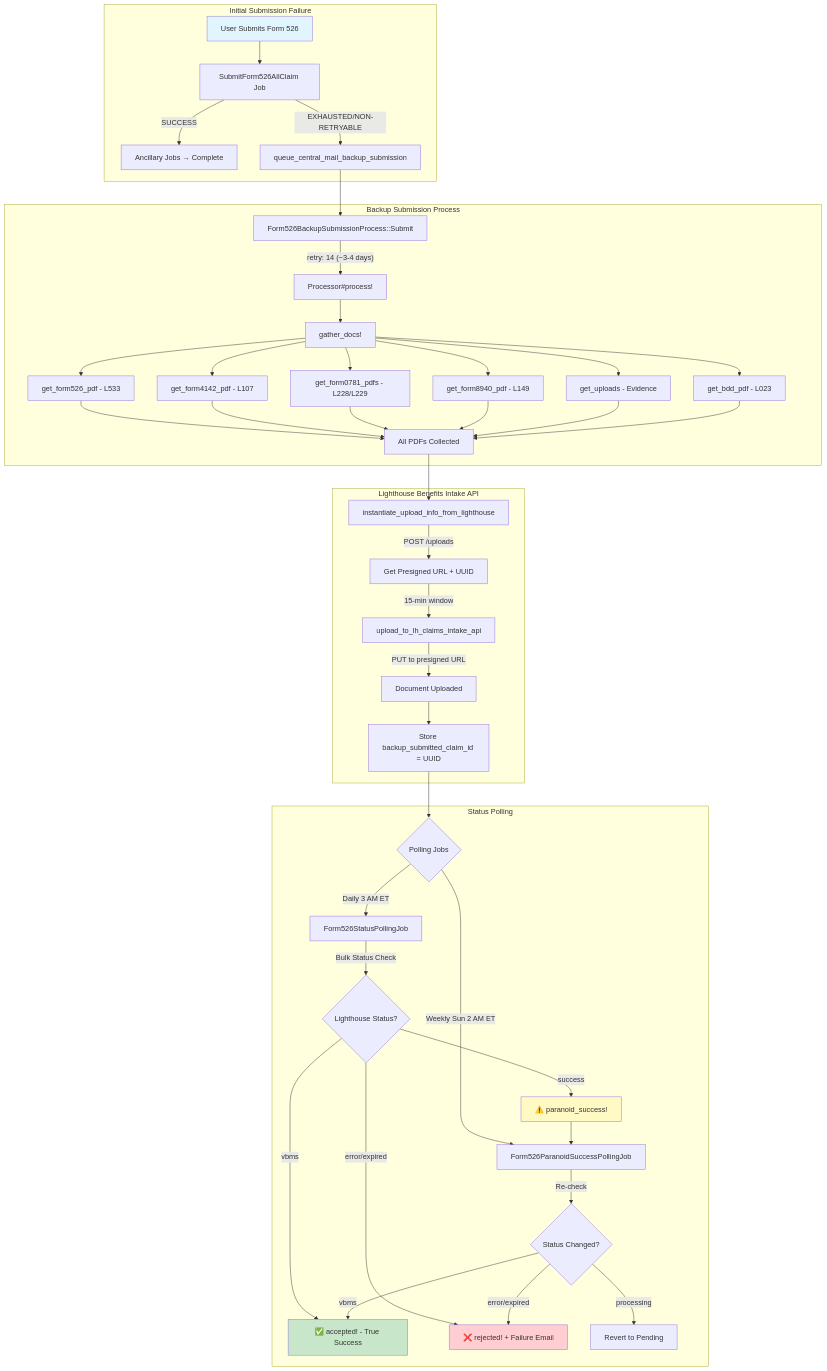
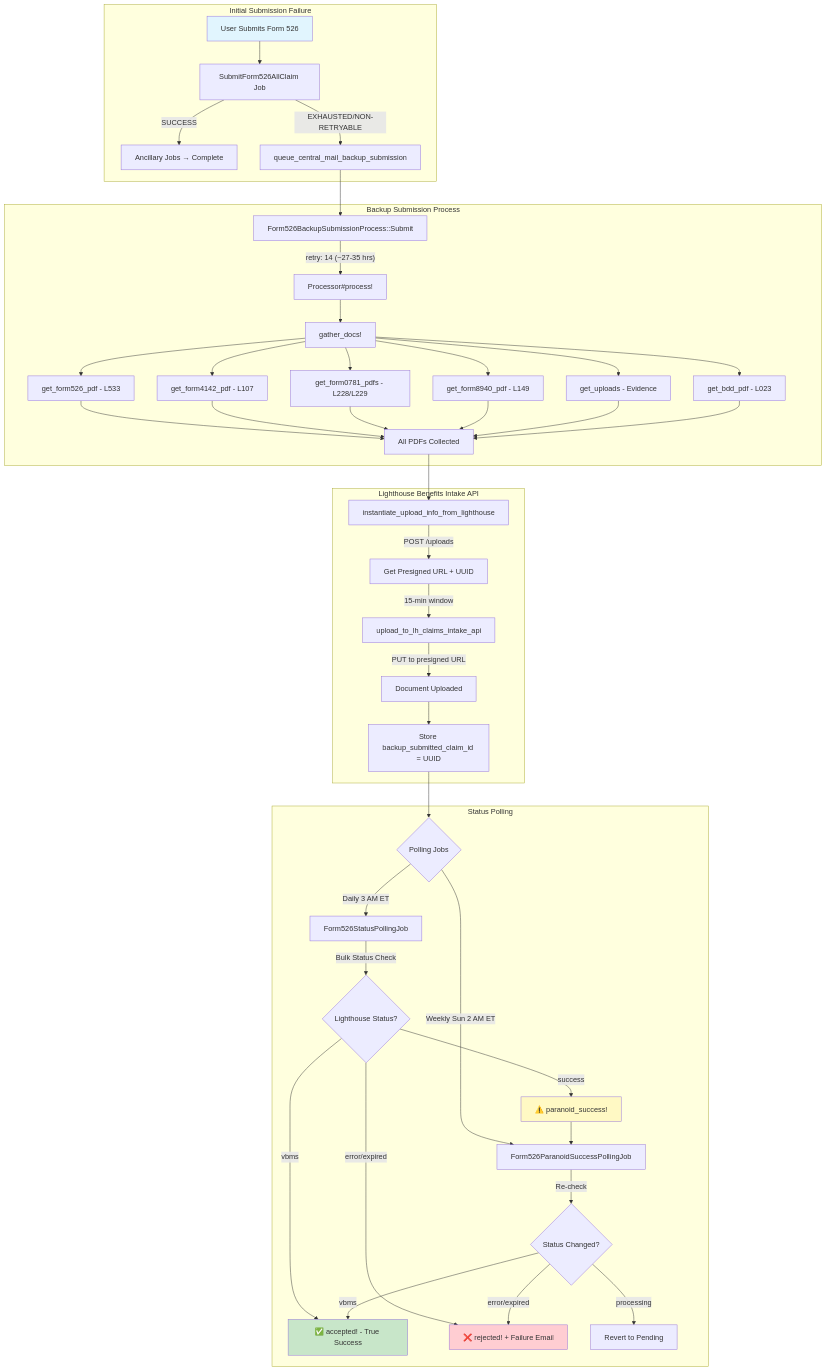
The first of 4 diagrams in products/disability/526ez/form526_backup_submission_flow.md (department-of-veterans-affairs/va.gov-team), drawn with Mermaid before and after one commit. The commit also changed other lines of this file, not shown here.

````diff
--- a/products/disability/526ez/form526_backup_submission_flow.md
+++ b/products/disability/526ez/form526_backup_submission_flow.md
@@ -7,55 +7,55 @@
 ```mermaid
 flowchart TB
     subgraph Initial["Initial Submission Failure"]
         A[User Submits Form 526] --> B[SubmitForm526AllClaim Job]
         B -->|SUCCESS| C[Ancillary Jobs → Complete]
         B -->|EXHAUSTED/NON-RETRYABLE| D[queue_central_mail_backup_submission]
     end
 
     subgraph BackupSubmit["Backup Submission Process"]
         D --> E[Form526BackupSubmissionProcess::Submit]
-        E -->|"retry: 14 (~3-4 days)"| F[Processor#process!]
+        E -->|"retry: 14 (~27-35 hrs)"| F[Processor#process!]
         
         F --> G[gather_docs!]
         G --> G1[get_form526_pdf - L533]
         G --> G2[get_form4142_pdf - L107]
         G --> G3[get_form0781_pdfs - L228/L229]
         G --> G4[get_form8940_pdf - L149]
         G --> G5[get_uploads - Evidence]
         G --> G6[get_bdd_pdf - L023]
         
         G1 & G2 & G3 & G4 & G5 & G6 --> H[All PDFs Collected]
     end
 
     subgraph LighthouseUpload["Lighthouse Benefits Intake API"]
         H --> I[instantiate_upload_info_from_lighthouse]
         I -->|"POST /uploads"| J[Get Presigned URL + UUID]
         J -->|"15-min window"| K[upload_to_lh_claims_intake_api]
         K -->|"PUT to presigned URL"| L[Document Uploaded]
         L --> M[Store backup_submitted_claim_id = UUID]
     end
 
     subgraph Polling["Status Polling"]
         M --> N{Polling Jobs}
         
         N -->|"Daily 3 AM ET"| O[Form526StatusPollingJob]
         N -->|"Weekly Sun 2 AM ET"| P[Form526ParanoidSuccessPollingJob]
         
         O -->|"Bulk Status Check"| Q{Lighthouse Status?}
         
         Q -->|vbms| R[✅ accepted! - True Success]
         Q -->|success| S[⚠️ paranoid_success!]
         Q -->|error/expired| T[❌ rejected! + Failure Email]
         
         S --> P
         P -->|"Re-check"| U{Status Changed?}
         U -->|vbms| R
         U -->|error/expired| T
         U -->|processing| V[Revert to Pending]
     end
 
     style A fill:#e1f5fe
     style R fill:#c8e6c9
     style T fill:#ffcdd2
     style S fill:#fff9c4
 ```
````
